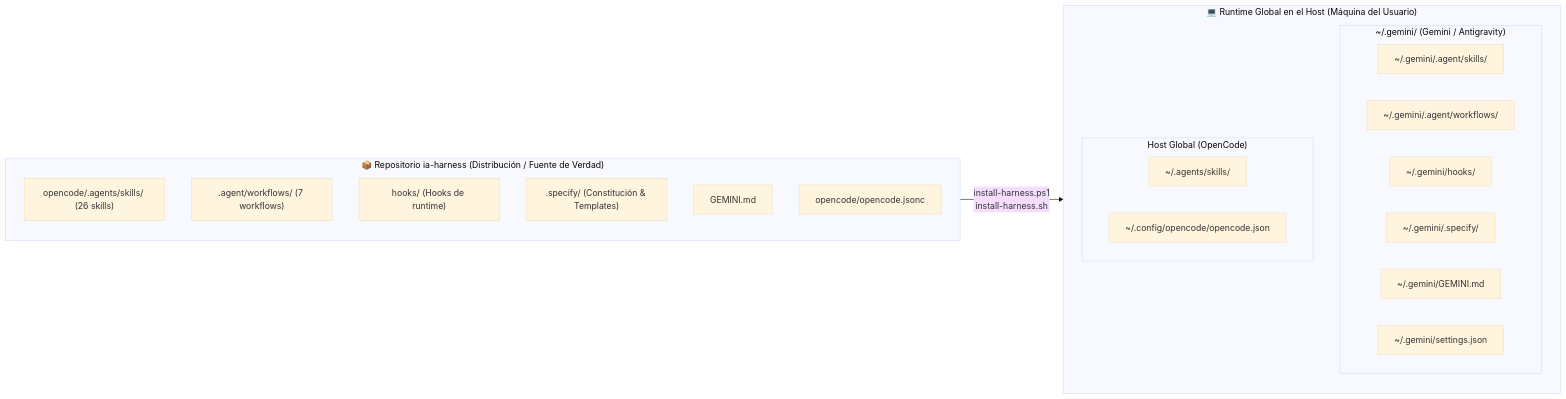
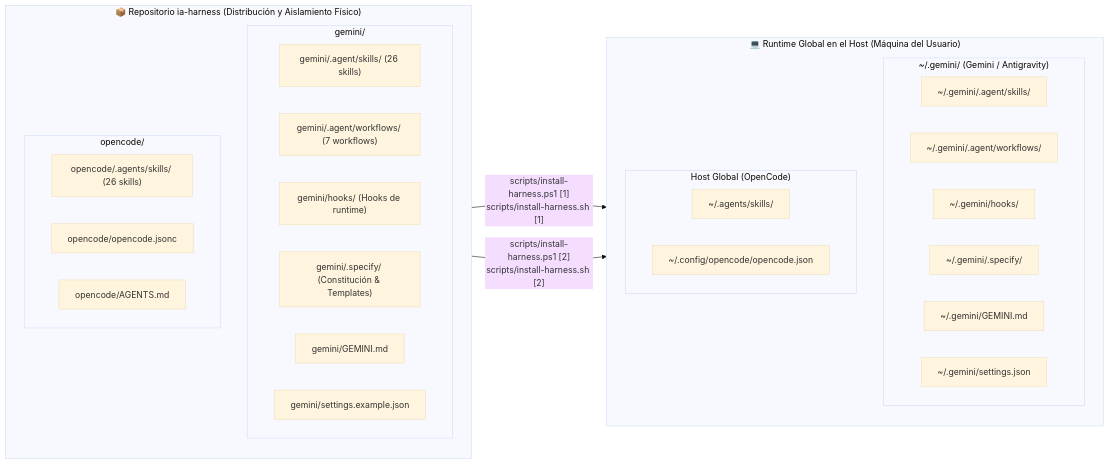
The first of 2 diagrams in README.md (ccuero15/ia-harness), drawn with Mermaid (base theme) before and after one commit. The commit also changed other lines of this file and 170 other files, not shown here.

Commit message:
refactor: strictly separate gemini and opencode engines with interactive agent routing

````diff
--- a/README.md
+++ b/README.md
@@ -59,30 +65,38 @@
 ```mermaid
 flowchart LR
-    subgraph Repo["📦 Repositorio ia-harness (Distribución / Fuente de Verdad)"]
+    subgraph Repo["📦 Repositorio ia-harness (Distribución y Aislamiento Físico)"]
         direction TB
-        R1["opencode/.agents/skills/ (26 skills)"]
-        R2[".agent/workflows/ (7 workflows)"]
-        R3["hooks/ (Hooks de runtime)"]
-        R4[".specify/ (Constitución & Templates)"]
-        R5["GEMINI.md"]
-        R6["opencode/opencode.jsonc"]
+        subgraph GeminiSource["gemini/"]
+            G_SRC1["gemini/.agent/skills/ (26 skills)"]
+            G_SRC2["gemini/.agent/workflows/ (7 workflows)"]
+            G_SRC3["gemini/hooks/ (Hooks de runtime)"]
+            G_SRC4["gemini/.specify/ (Constitución & Templates)"]
+            G_SRC5["gemini/GEMINI.md"]
+            G_SRC6["gemini/settings.example.json"]
+        end
+        subgraph OpenCodeSource["opencode/"]
+            O_SRC1["opencode/.agents/skills/ (26 skills)"]
+            O_SRC2["opencode/opencode.jsonc"]
+            O_SRC3["opencode/AGENTS.md"]
+        end
     end
 
     subgraph Host["💻 Runtime Global en el Host (Máquina del Usuario)"]
         direction TB
         subgraph GeminiPaths["~/.gemini/ (Gemini / Antigravity)"]
             G1["~/.gemini/.agent/skills/"]
             G2["~/.gemini/.agent/workflows/"]
             G3["~/.gemini/hooks/"]
             G4["~/.gemini/.specify/"]
             G5["~/.gemini/GEMINI.md"]
             G6["~/.gemini/settings.json"]
         end
         subgraph OpenCodePaths["Host Global (OpenCode)"]
             O1["~/.agents/skills/"]
             O2["~/.config/opencode/opencode.json"]
         end
     end
 
-    Repo -->|"install-harness.ps1\ninstall-harness.sh"| Host
+    GeminiSource -->|"scripts/install-harness.ps1 [1]\nscripts/install-harness.sh [1]"| GeminiPaths
+    OpenCodeSource -->|"scripts/install-harness.ps1 [2]\nscripts/install-harness.sh [2]"| OpenCodePaths
 ```
````
